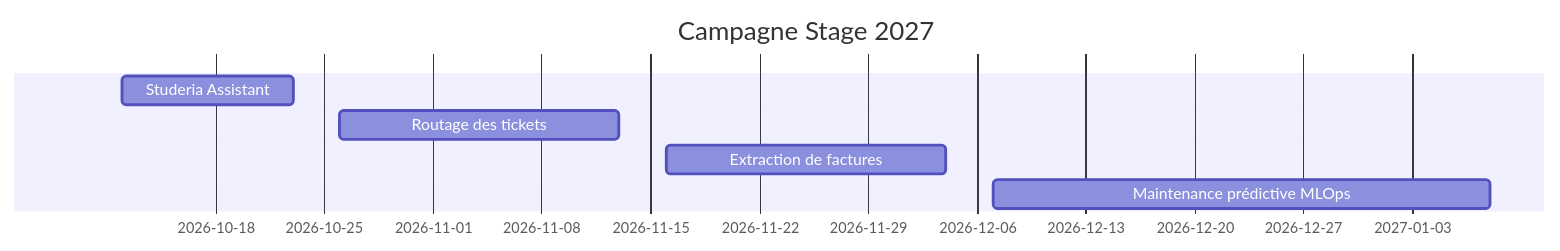
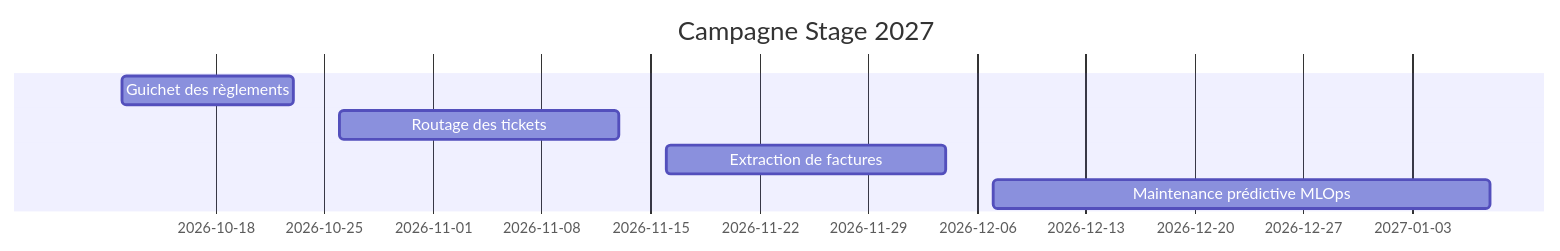
Before and after one commit to ItxMveng/portfolio: the diagram in docs/explications/P0-03.md, drawn with Mermaid. The commit also changed other lines of this file and 5 other files, not shown here.

Commit message:
docs: le projet Studeria Assistant devient Guichet des règlements (policy-help-desk)

````diff
--- a/docs/explications/P0-03.md
+++ b/docs/explications/P0-03.md
@@ -11,9 +11,9 @@
 ```mermaid
 gantt
     dateFormat YYYY-MM-DD
     title Campagne Stage 2027
-    Studeria Assistant          :2026-10-12, 2026-10-23
+    Guichet des règlements          :2026-10-12, 2026-10-23
     Routage des tickets         :2026-10-26, 2026-11-13
     Extraction de factures      :2026-11-16, 2026-12-04
     Maintenance prédictive MLOps:2026-12-07, 2027-01-08
 ```
````
